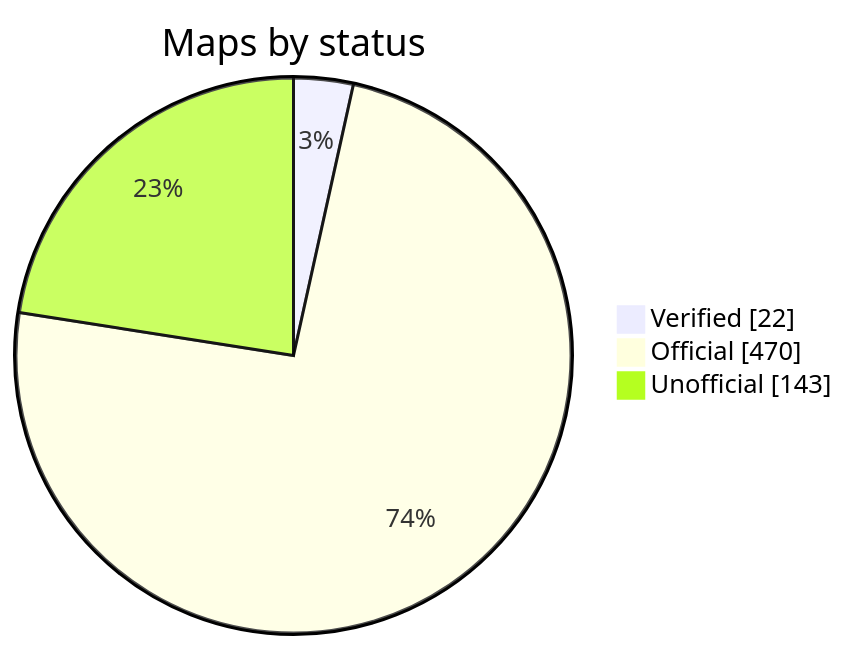
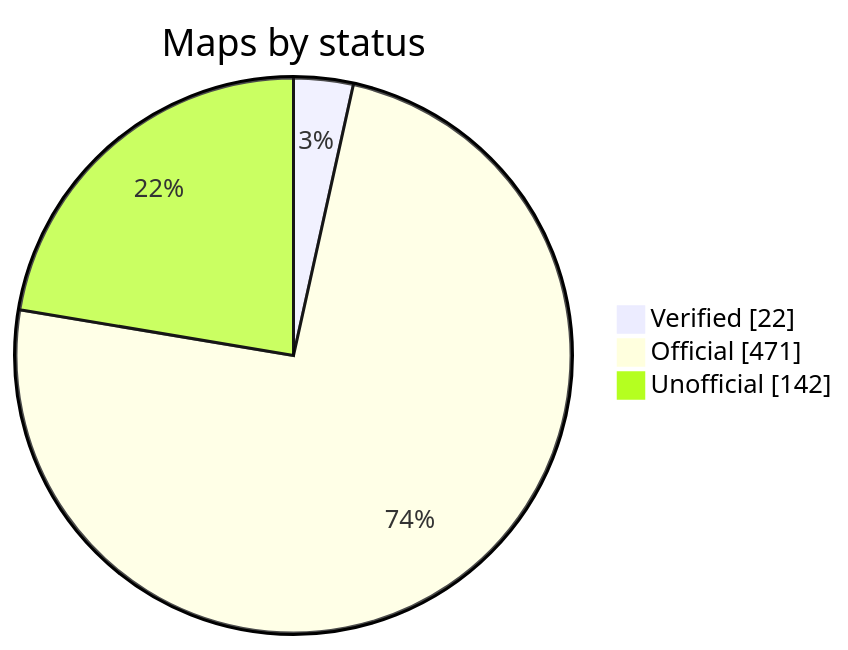
The diagram in README.md (nobrega8/mbmap-library), drawn with Mermaid before and after one commit. The commit also changed 6 other files, not shown here.

````diff
--- a/README.md
+++ b/README.md
@@ -52,7 +52,7 @@
 ```mermaid
 pie showData
     title Maps by status
     "Verified" : 22
-    "Official" : 470
-    "Unofficial" : 143
+    "Official" : 471
+    "Unofficial" : 142
 ```
````
